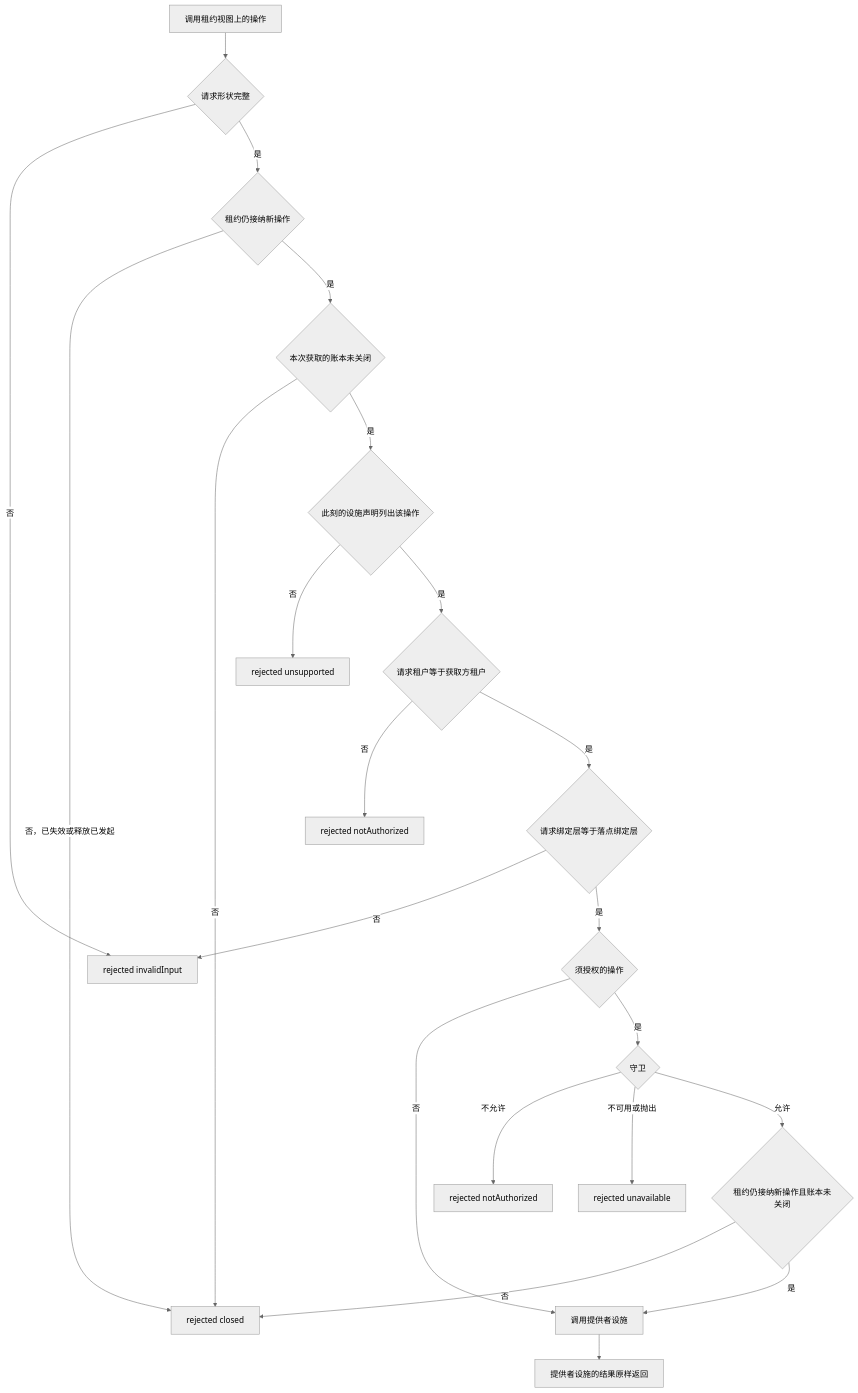
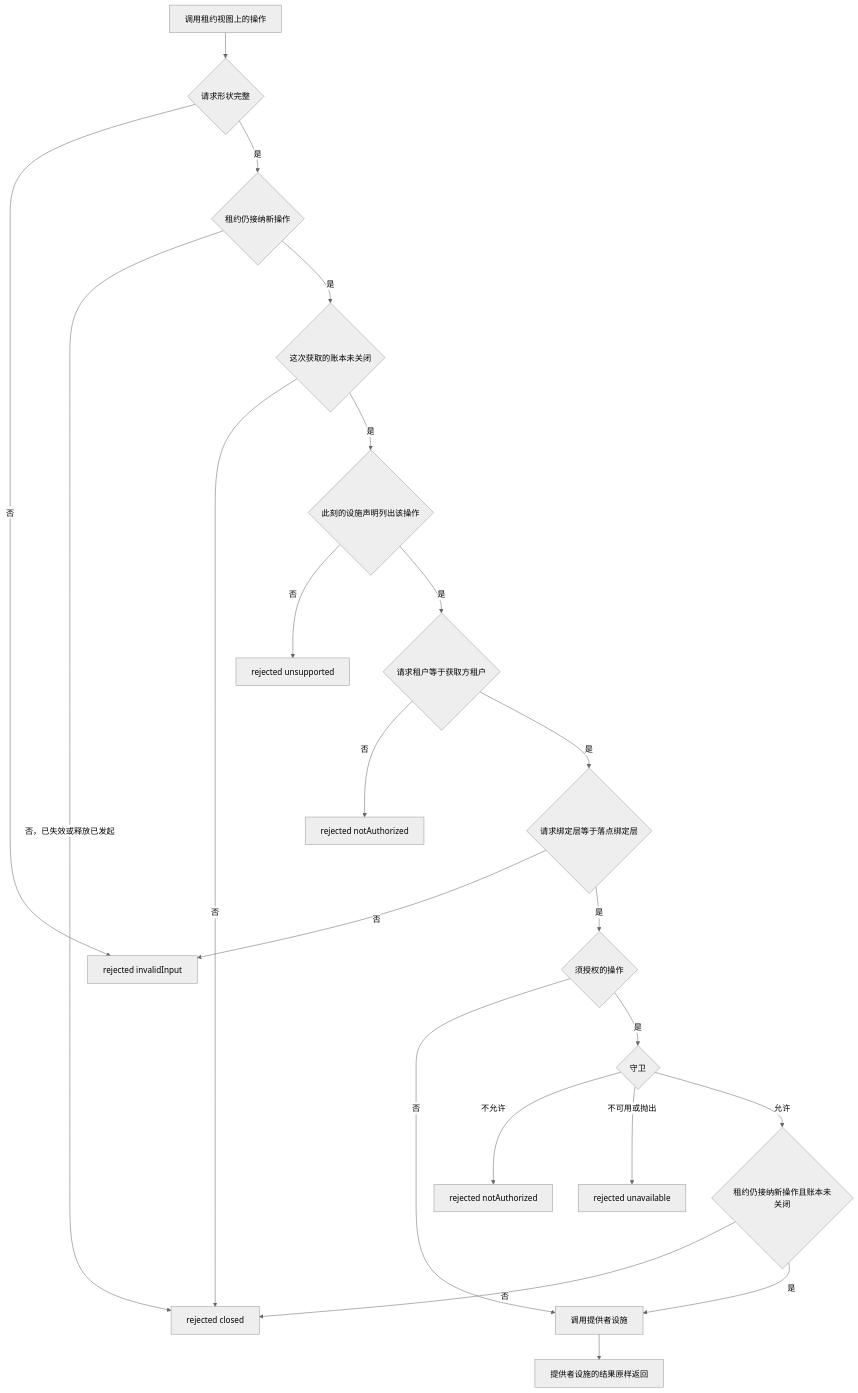
One commit to nemori-ai/omne-harness-lite changed the second of 5 diagrams in packages/execution/execution-environment/docs/flows.md. Above: the diagram before and after it, drawn with Mermaid (neutral theme). The commit also changed other lines of this file and 31 other files, not shown here.

````diff
--- a/packages/execution/execution-environment/docs/flows.md
+++ b/packages/execution/execution-environment/docs/flows.md
@@ -59,24 +59,24 @@
 ```mermaid
 flowchart TD
   A[调用租约视图上的操作] --> B{请求形状完整}
   B -->|否| X1[rejected invalidInput]
   B -->|是| C{租约仍接纳新操作}
   C -->|否，已失效或释放已发起| X2[rejected closed]
-  C -->|是| L{本次获取的账本未关闭}
+  C -->|是| L{这次获取的账本未关闭}
   L -->|否| X2
   L -->|是| U{此刻的设施声明列出该操作}
   U -->|否| X6[rejected unsupported]
   U -->|是| D{请求租户等于获取方租户}
   D -->|否| X3[rejected notAuthorized]
   D -->|是| K{请求绑定层等于落点绑定层}
   K -->|否| X1
   K -->|是| E{须授权的操作}
   E -->|否| G[调用提供者设施]
   E -->|是| F{守卫}
   F -->|不允许| X4[rejected notAuthorized]
   F -->|不可用或抛出| X5[rejected unavailable]
   F -->|允许| H{租约仍接纳新操作且账本未关闭}
   H -->|否| X2
   H -->|是| G
   G --> R[提供者设施的结果原样返回]
 ```
````
